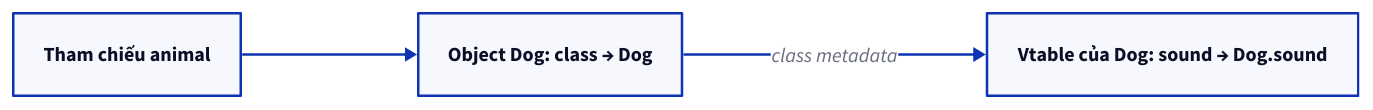
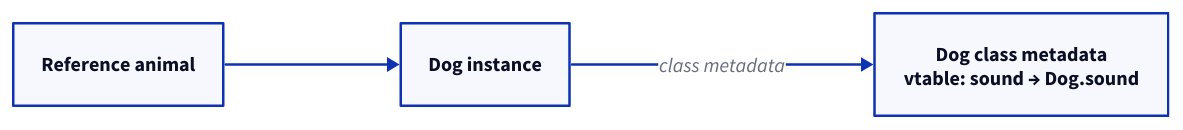
One commit to vanhiep99w/java-learn changed the fourth of 7 diagrams in content/docs/fundamentals/oop-4-tinh-chat.md. Above: the diagram before and after it, drawn with D2. The commit also changed other lines of this file and 4 other files, not shown here.

Commit message:
docs(oop): replace remaining diagrams and clarify JVM object layout

````diff
--- a/content/docs/fundamentals/oop-4-tinh-chat.md
+++ b/content/docs/fundamentals/oop-4-tinh-chat.md
@@ -248,8 +278,8 @@
 ```d2 title="4.2. Vtable giúp chọn method nhanh như thế nào?"
 direction: right
-animal: "Tham chiếu animal"
-object: "Object Dog: class → Dog"
-vtable: "Vtable của Dog: sound → Dog.sound"
+animal: "Reference animal"
+object: "Dog instance"
+vtable: "Dog class metadata\nvtable: sound → Dog.sound"
 animal -> object
 object -> vtable: "class metadata"
 ```
````
